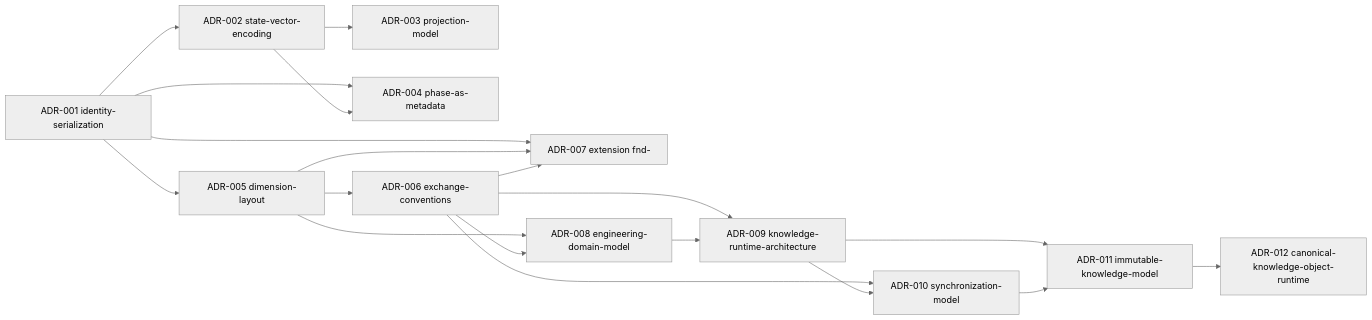
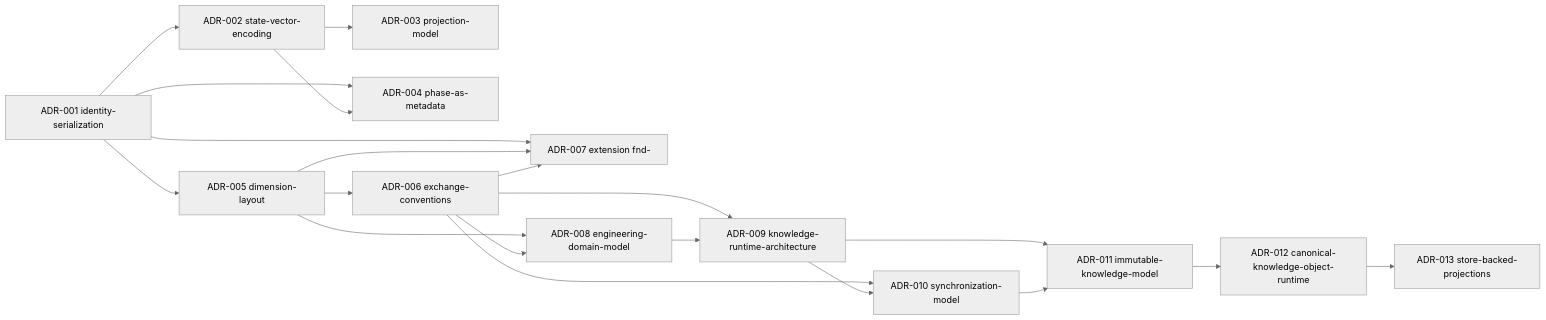
The diagram in reference/adr-summary.md (maleolabs/engineering-knowledge-architecture), drawn with Mermaid (neutral theme) before and after one commit. The commit also changed other lines of this file and 21 other files, not shown here.

````diff
--- a/reference/adr-summary.md
+++ b/reference/adr-summary.md
@@ -51,21 +52,22 @@
 ```mermaid
 flowchart LR
   A1[ADR-001 identity-serialization] --> A2[ADR-002 state-vector-encoding]
   A2 --> A3[ADR-003 projection-model]
   A1 --> A4[ADR-004 phase-as-metadata]
   A2 --> A4
   A1 --> A5[ADR-005 dimension-layout]
   A5 --> A6[ADR-006 exchange-conventions]
   A1 --> A7[ADR-007 extension fnd-]
   A5 --> A7
   A6 --> A7
   A5 --> A8[ADR-008 engineering-domain-model]
   A6 --> A8
   A6 --> A9[ADR-009 knowledge-runtime-architecture]
   A8 --> A9
   A6 --> A10[ADR-010 synchronization-model]
   A9 --> A10
   A9 --> A11[ADR-011 immutable-knowledge-model]
   A10 --> A11
   A11 --> A12[ADR-012 canonical-knowledge-object-runtime]
+  A12 --> A13[ADR-013 store-backed-projections]
 ```
````
